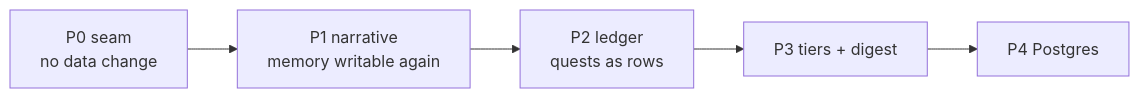
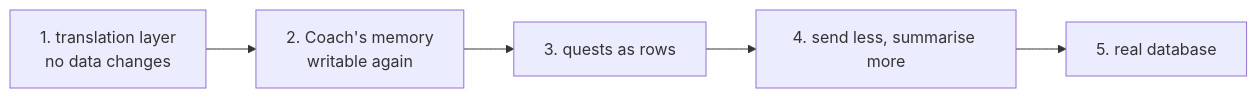
Before and after one commit to sibling-shipyard/coach-hq: the second of 2 diagrams in docs/plans/coach-schema-redesign.md, drawn with Mermaid. The commit also changed other lines of this file and 1 other file, not shown here.

Commit message:
core: rewrite coach schema redesign docs in plain english (#378)

````diff
--- a/docs/plans/coach-schema-redesign.md
+++ b/docs/plans/coach-schema-redesign.md
@@ -120,7 +133,7 @@
 ```mermaid
 flowchart LR
-  p0["P0 seam<br/>no data change"] --> p1["P1 narrative<br/>memory writable again"]
-  p1 --> p2["P2 ledger<br/>quests as rows"]
-  p2 --> p3["P3 tiers + digest"]
-  p3 --> p4["P4 Postgres"]
+  p1["1. translation layer<br/>no data changes"] --> p2["2. Coach's memory<br/>writable again"]
+  p2 --> p3["3. quests as rows"]
+  p3 --> p4["4. send less, summarise more"]
+  p4 --> p5["5. real database"]
 ```
````
